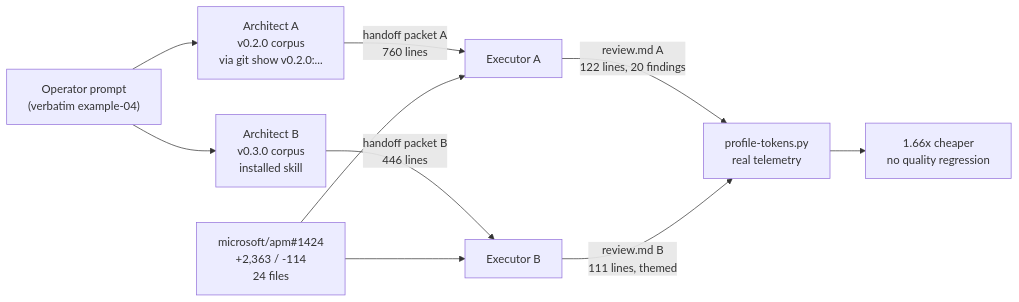
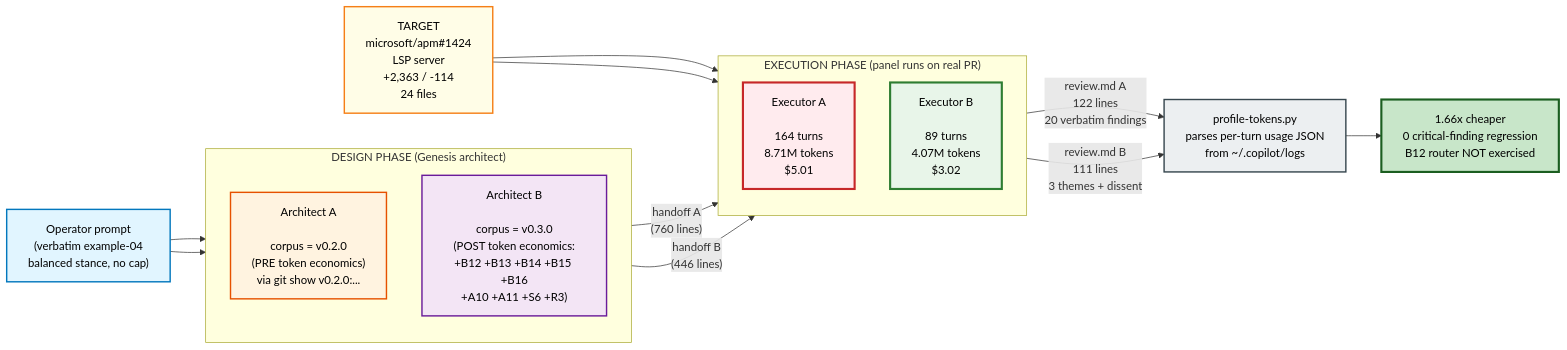
One commit to jeremiah-snee-openx/genesis changed the first of 4 diagrams in dev/empirical-proof/ab-experiment-apm-1424/REPORT.md. Above: the diagram before and after it, drawn with Mermaid. The commit also changed other lines of this file and 3 other files, not shown here.

````diff
--- a/dev/empirical-proof/ab-experiment-apm-1424/REPORT.md
+++ b/dev/empirical-proof/ab-experiment-apm-1424/REPORT.md
@@ -26,12 +25,37 @@
 ```mermaid
 flowchart LR
-    OP["Operator prompt<br/>(verbatim example-04)"] --> A0[Architect A<br/>v0.2.0 corpus<br/>via git show v0.2.0:...]
-    OP --> B0[Architect B<br/>v0.3.0 corpus<br/>installed skill]
-    A0 -->|handoff packet A<br/>760 lines| EA[Executor A]
-    B0 -->|handoff packet B<br/>446 lines| EB[Executor B]
-    PR["microsoft/apm#1424<br/>+2,363 / -114<br/>24 files"] --> EA
-    PR --> EB
-    EA -->|review.md A<br/>122 lines, 20 findings| MEASURE[profile-tokens.py<br/>real telemetry]
-    EB -->|review.md B<br/>111 lines, themed| MEASURE
-    MEASURE --> REPORT[1.66x cheaper<br/>no quality regression]
+    OP["Operator prompt<br/>(verbatim example-04<br/>balanced stance, no cap)"]:::input
+
+    subgraph DESIGN["DESIGN PHASE (Genesis architect)"]
+        direction TB
+        A0["Architect A<br/><br/>corpus = v0.2.0<br/>(PRE token economics)<br/>via git show v0.2.0:..."]:::archA
+        B0["Architect B<br/><br/>corpus = v0.3.0<br/>(POST token economics:<br/>+B12 +B13 +B14 +B15 +B16<br/>+A10 +A11 +S6 +R3)"]:::archB
+    end
+
+    subgraph EXECUTE["EXECUTION PHASE (panel runs on real PR)"]
+        direction TB
+        EA["Executor A<br/><br/>164 turns<br/>8.71M tokens<br/>$5.01"]:::execA
+        EB["Executor B<br/><br/>89 turns<br/>4.07M tokens<br/>$3.02"]:::execB
+    end
+
+    PR["TARGET<br/>microsoft/apm#1424<br/>LSP server<br/>+2,363 / -114<br/>24 files"]:::target
+
+    OP --> A0 & B0
+    A0 -- "handoff A<br/>(760 lines)" --> EA
+    B0 -- "handoff B<br/>(446 lines)" --> EB
+    PR --> EA & EB
+    EA -- "review.md A<br/>122 lines<br/>20 verbatim findings" --> MEASURE
+    EB -- "review.md B<br/>111 lines<br/>3 themes + dissent" --> MEASURE
+
+    MEASURE["profile-tokens.py<br/>parses per-turn usage JSON<br/>from ~/.copilot/logs"]:::tool
+    MEASURE --> REPORT["1.66x cheaper<br/>0 critical-finding regression<br/>B12 router NOT exercised"]:::result
+
+    classDef input fill:#e1f5ff,stroke:#0277bd,stroke-width:2px,color:#000
+    classDef archA fill:#fff3e0,stroke:#e65100,stroke-width:2px,color:#000
+    classDef archB fill:#f3e5f5,stroke:#6a1b9a,stroke-width:2px,color:#000
+    classDef execA fill:#ffebee,stroke:#c62828,stroke-width:3px,color:#000
+    classDef execB fill:#e8f5e9,stroke:#2e7d32,stroke-width:3px,color:#000
+    classDef target fill:#fffde7,stroke:#f57f17,stroke-width:2px,color:#000
+    classDef tool fill:#eceff1,stroke:#37474f,stroke-width:2px,color:#000
+    classDef result fill:#c8e6c9,stroke:#1b5e20,stroke-width:3px,color:#000
 ```
````
